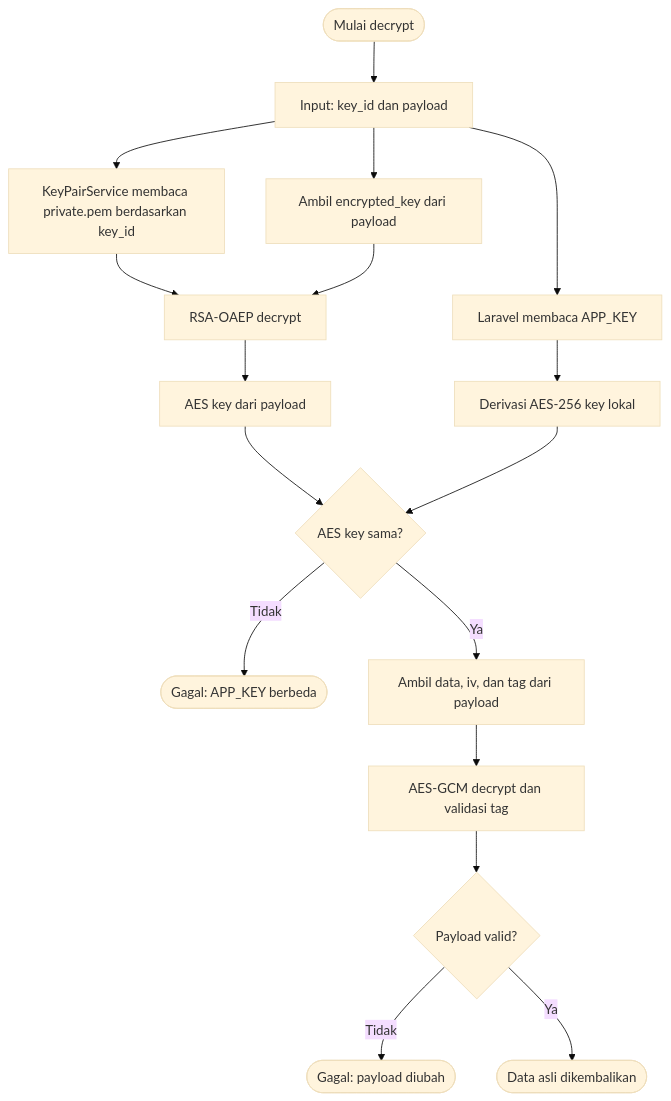
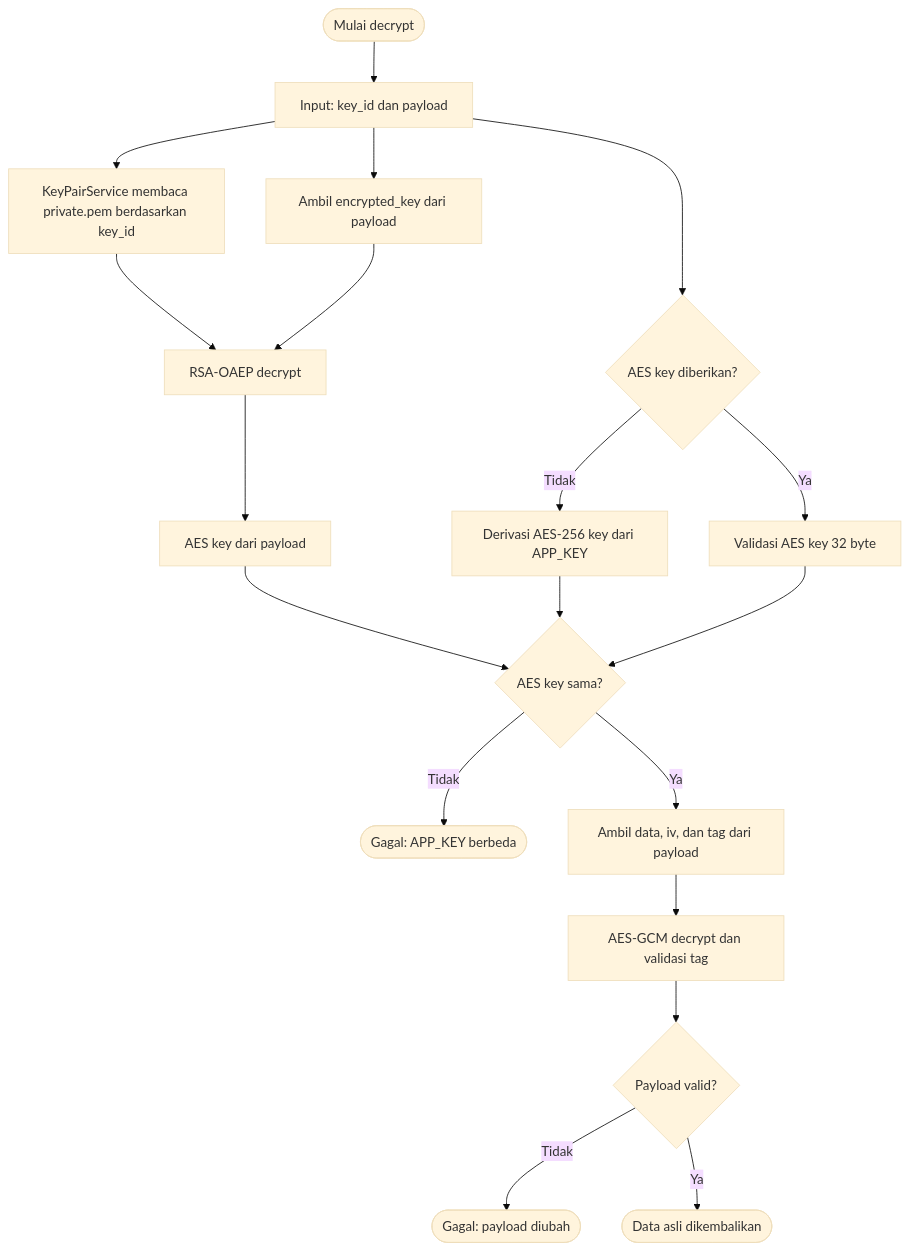
Before and after one commit to Diskominfotik-Gorontalo-Prov/hybrid-encryption: the second of 3 diagrams in README.md, drawn with Mermaid (base theme). The commit also changed other lines of this file and 5 other files, not shown here.

Commit message:
feat: tambahkan dukungan untuk AES key yang dihasilkan dan perbaiki dokumentasi

````diff
--- a/README.md
+++ b/README.md
@@ -31,19 +35,21 @@
 ```mermaid
 flowchart TD
     D0([Mulai decrypt]) --> D1[Input: key_id dan payload]
     D1 --> D2[KeyPairService membaca private.pem berdasarkan key_id]
     D1 --> D3[Ambil encrypted_key dari payload]
     D2 --> D4[RSA-OAEP decrypt]
     D3 --> D4
     D4 --> D5[AES key dari payload]
-    D1 --> D6[Laravel membaca APP_KEY]
-    D6 --> D7[Derivasi AES-256 key lokal]
+    D1 --> D6{AES key diberikan?}
+    D6 -->|Tidak| D7[Derivasi AES-256 key dari APP_KEY]
+    D6 -->|Ya| D10[Validasi AES key 32 byte]
     D5 --> D8{AES key sama?}
     D7 --> D8
     D8 -->|Tidak| D9([Gagal: APP_KEY berbeda])
-    D8 -->|Ya| D10[Ambil data, iv, dan tag dari payload]
-    D10 --> D11[AES-GCM decrypt dan validasi tag]
-    D11 --> D12{Payload valid?}
-    D12 -->|Tidak| D13([Gagal: payload diubah])
-    D12 -->|Ya| D14([Data asli dikembalikan])
+    D8 -->|Ya| D11[Ambil data, iv, dan tag dari payload]
+    D10 --> D8
+    D11 --> D12[AES-GCM decrypt dan validasi tag]
+    D12 --> D13{Payload valid?}
+    D13 -->|Tidak| D14([Gagal: payload diubah])
+    D13 -->|Ya| D15([Data asli dikembalikan])
 ```
````
